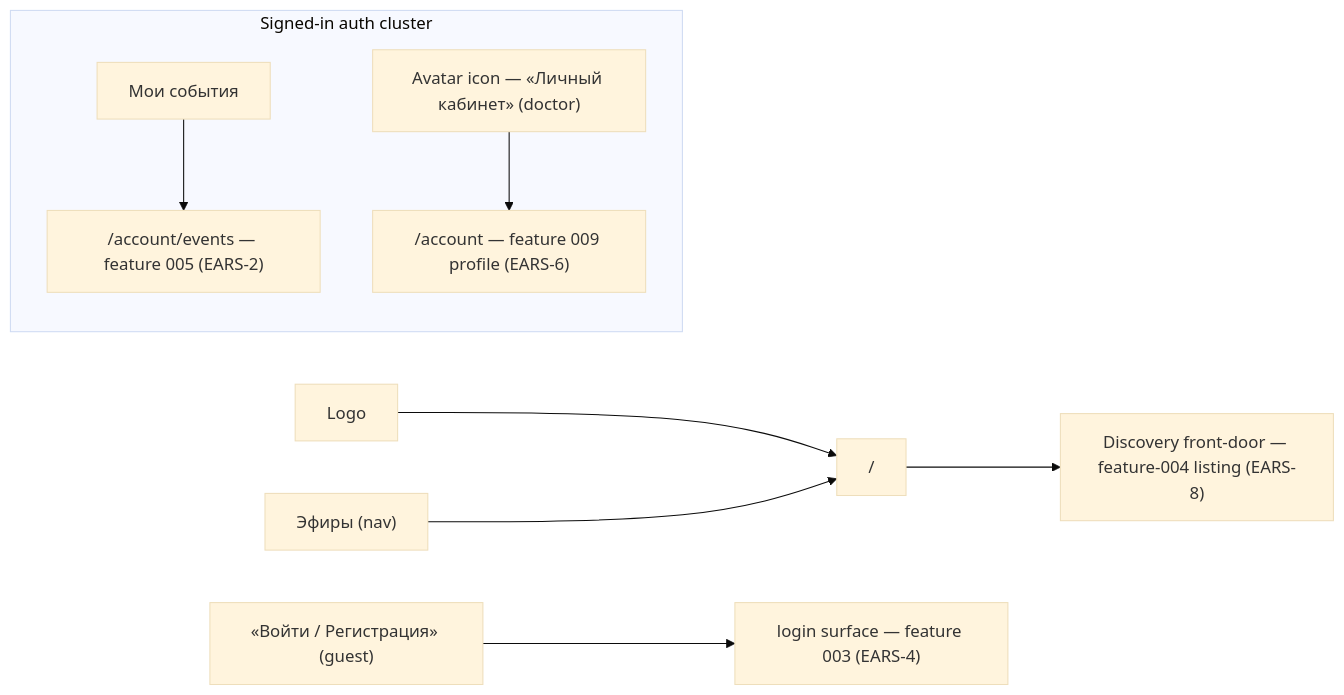
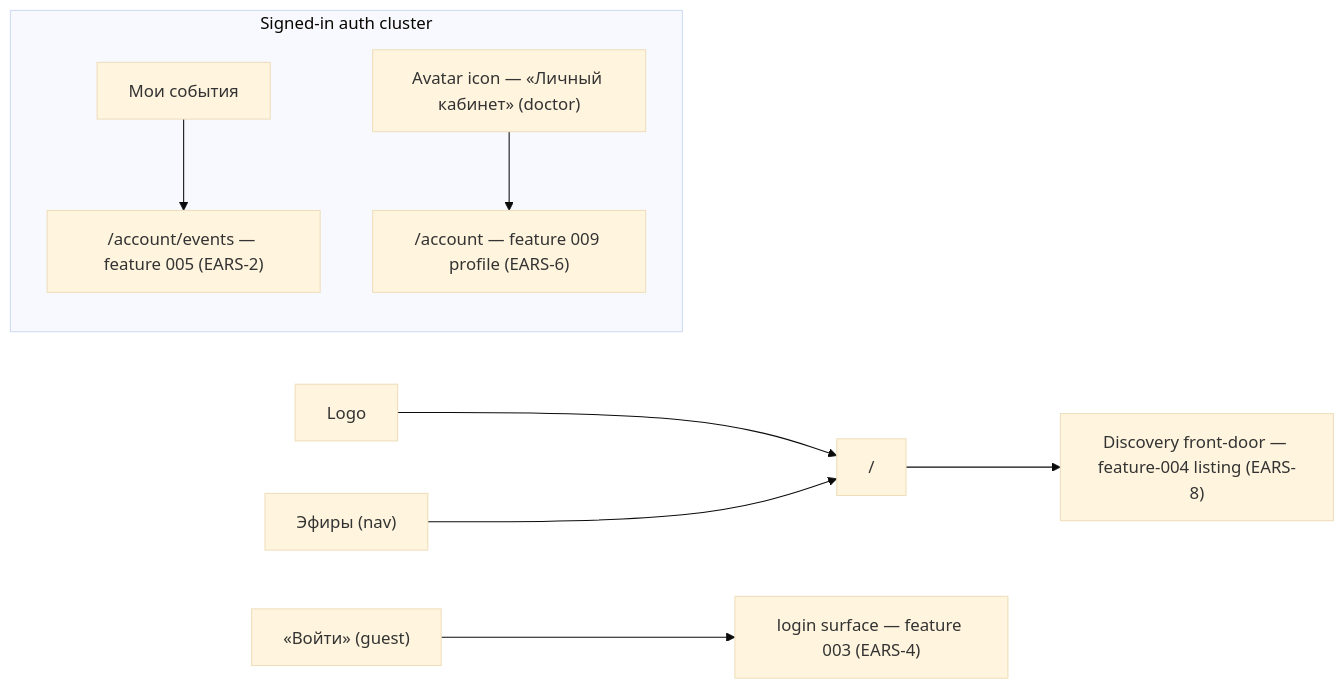
The second of 4 diagrams in apps/docs/content/specs/features/008-portal-shell/008-design.md (doctor-school/ds-platform), drawn with Mermaid (base theme) before and after one commit. The commit also changed other lines of this file and 9 other files, not shown here.

````diff
--- a/apps/docs/content/specs/features/008-portal-shell/008-design.md
+++ b/apps/docs/content/specs/features/008-portal-shell/008-design.md
@@ -54,11 +56,11 @@
 ```mermaid
 flowchart LR
   LOGO["Logo"] --> ROOT["/"]
   EFIRY["Эфиры (nav)"] --> ROOT
   ROOT --> DISC["Discovery front-door — feature-004 listing (EARS-8)"]
   subgraph AUTHCLUSTER["Signed-in auth cluster"]
     MYEV["Мои события"] --> EVENTS["/account/events — feature 005 (EARS-2)"]
     AVATAR["Avatar icon — «Личный кабинет» (doctor)"] --> ACCOUNT["/account — feature 009 profile (EARS-6)"]
   end
-  LOGIN["«Войти / Регистрация» (guest)"] --> AUTH["login surface — feature 003 (EARS-4)"]
+  LOGIN["«Войти» (guest)"] --> AUTH["login surface — feature 003 (EARS-4)"]
 ```
````
